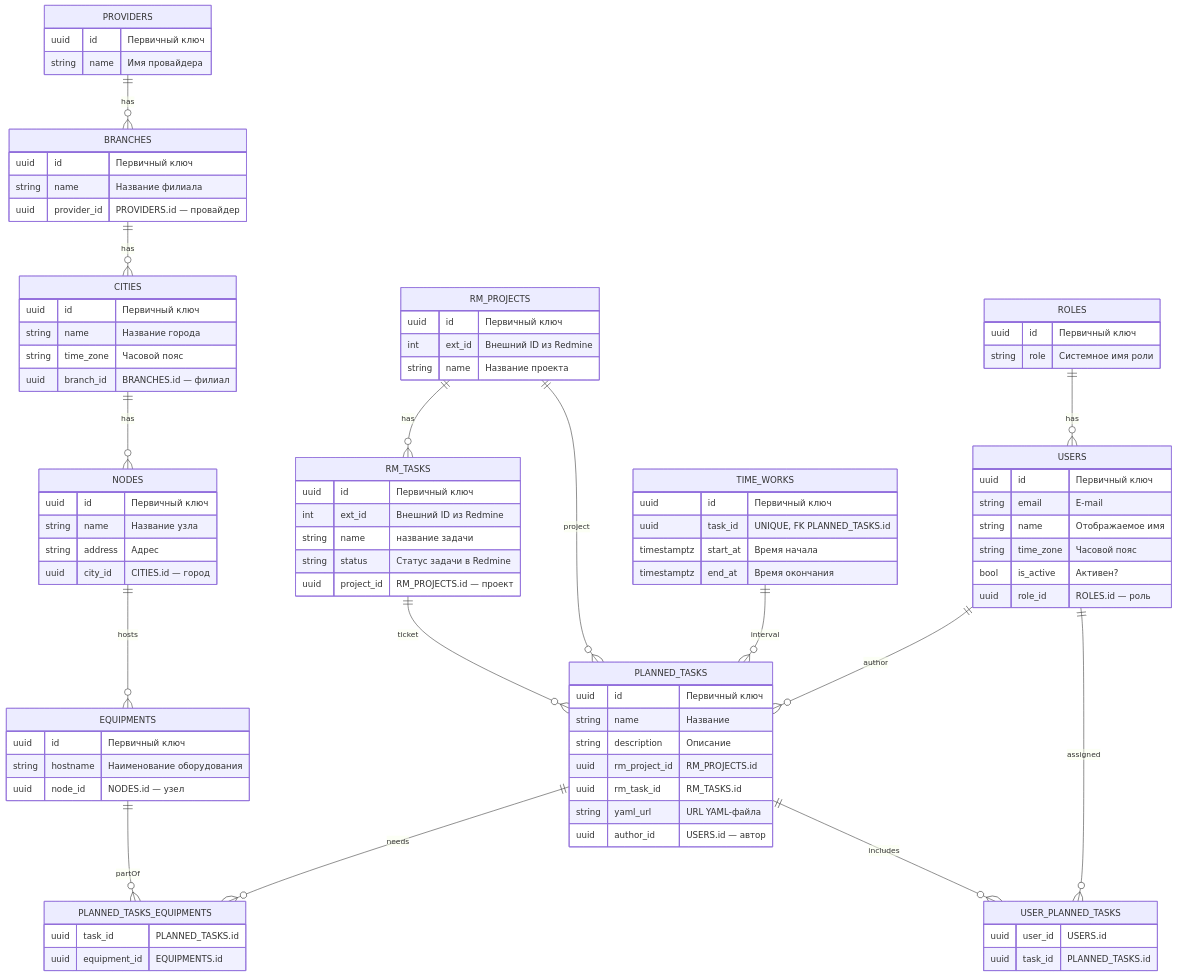
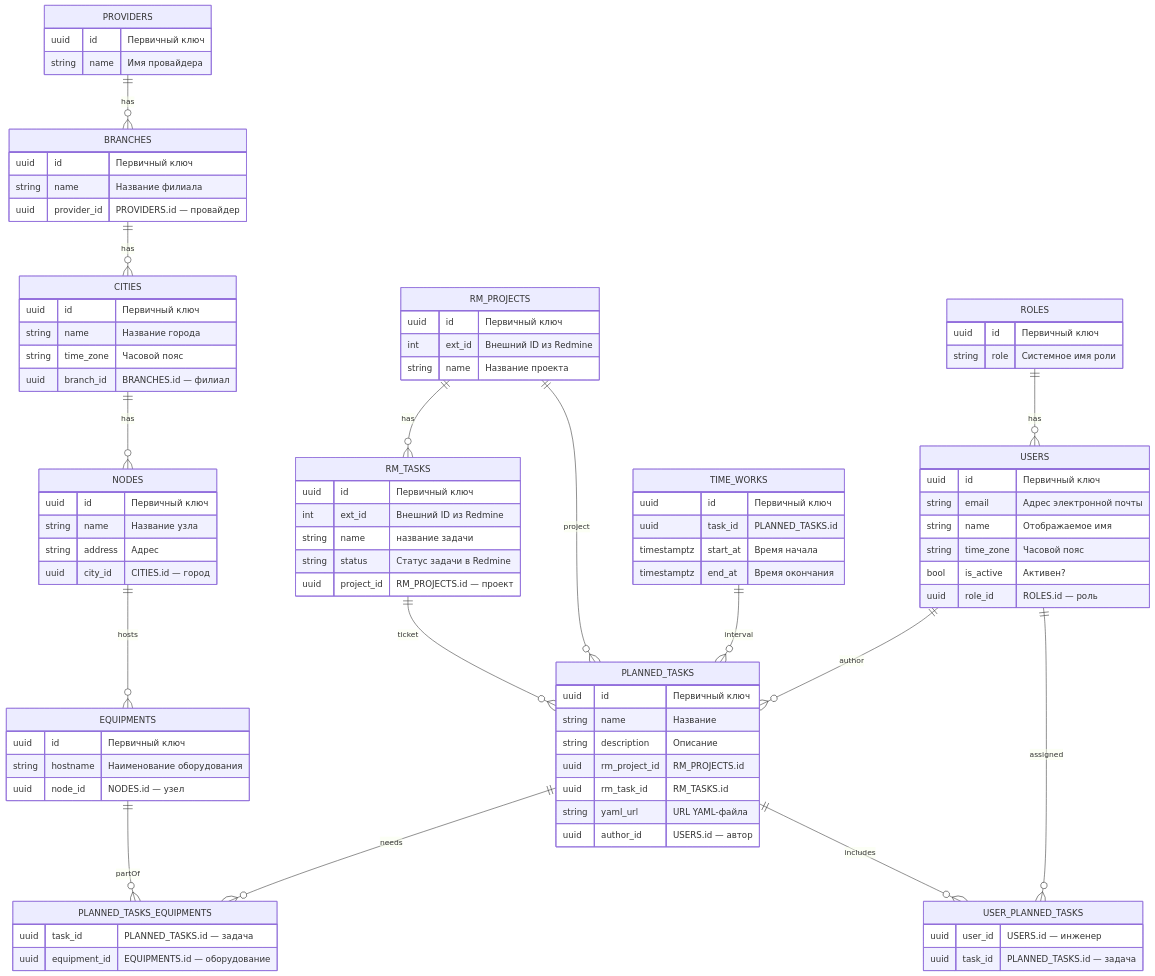
One commit to yushachkov01/new_ntPlanner changed the diagram in project-schemas/hasuraScheme.md. Above: the diagram before and after it, drawn with Mermaid.

Commit message:
Проработал схему данных Hasura

```diff
--- a/project-schemas/hasuraScheme.md
+++ b/project-schemas/hasuraScheme.md
@@ -54,7 +54,7 @@
 
     USERS {
         uuid   id           "Первичный ключ"
-        string email        "E‑mail"
+        string email        "Адрес электронной почты"
         string name         "Отображаемое имя"
         string time_zone    "Часовой пояс"
         bool   is_active    "Активен?"
@@ -73,19 +73,19 @@
 
     TIME_WORKS {
         uuid        id        "Первичный ключ"
-        uuid        task_id   "UNIQUE, FK  PLANNED_TASKS.id"
+        uuid        task_id   " PLANNED_TASKS.id"
         timestamptz start_at  "Время начала"
         timestamptz end_at    "Время окончания"
     }
 
     USER_PLANNED_TASKS {
-        uuid user_id "USERS.id"
-        uuid task_id "PLANNED_TASKS.id"
+        uuid user_id "USERS.id — инженер"
+        uuid task_id "PLANNED_TASKS.id — задача"
     }
 
     PLANNED_TASKS_EQUIPMENTS {
-        uuid task_id      "PLANNED_TASKS.id"
-        uuid equipment_id "EQUIPMENTS.id"
+        uuid task_id      "PLANNED_TASKS.id — задача"
+        uuid equipment_id "EQUIPMENTS.id — оборудование"
     }
 
     PROVIDERS     ||--o{ BRANCHES      : has
```
